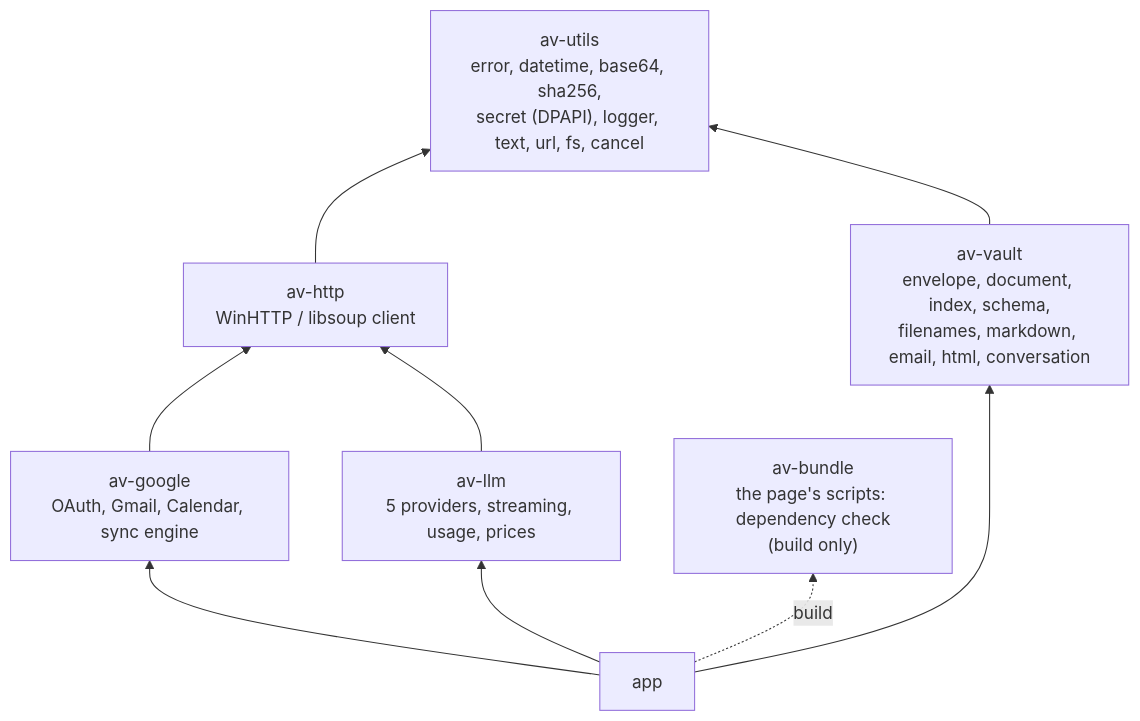
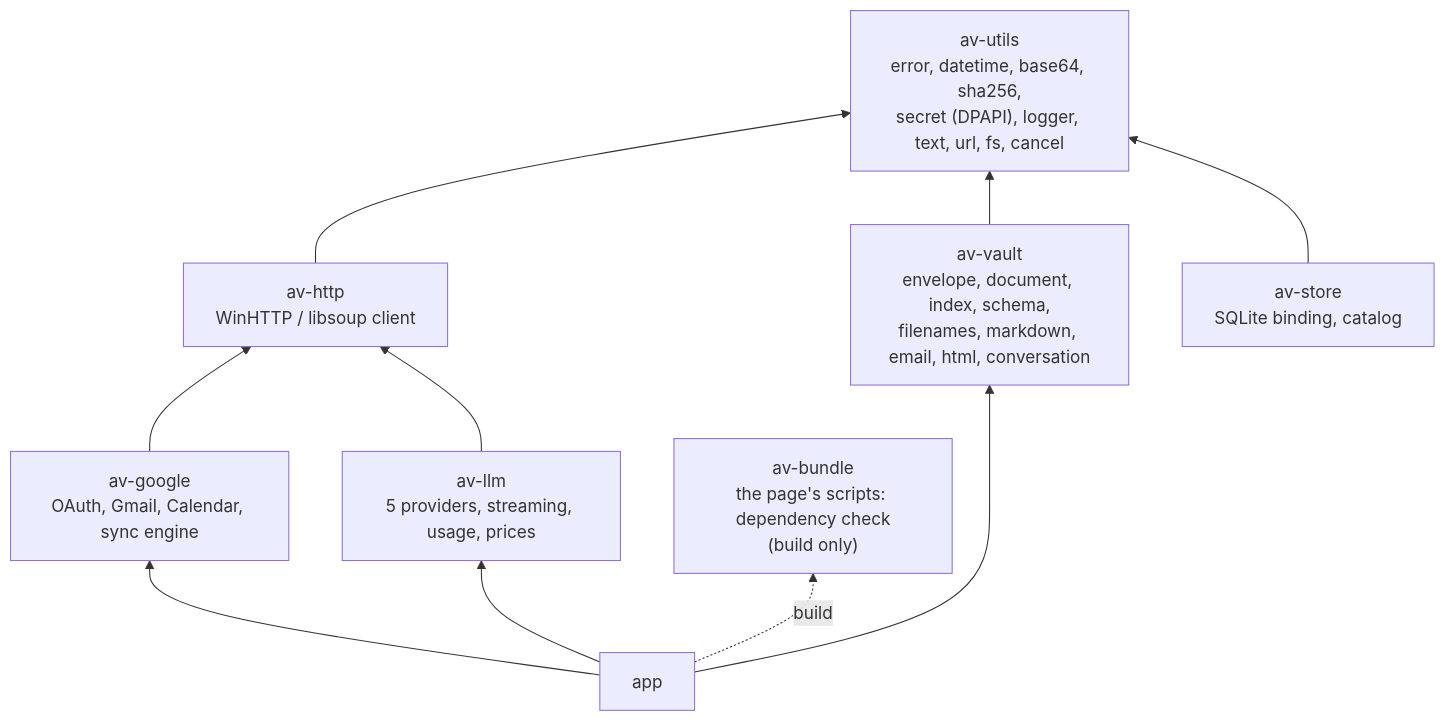
The second of 3 diagrams in docs/architecture.md (steschu77/avelor), drawn with Mermaid before and after one commit. The commit also changed other lines of this file and 9 other files, not shown here.

First line of the commit message:
feat(av-store): the catalog

````diff
--- a/docs/architecture.md
+++ b/docs/architecture.md
@@ -294,18 +294,20 @@
 ```mermaid
 flowchart BT
     utils["av-utils<br/>error, datetime, base64, sha256,<br/>secret (DPAPI), logger, text, url, fs, cancel"]
     http["av-http<br/>WinHTTP / libsoup client"]
     vault["av-vault<br/>envelope, document, index, schema,<br/>filenames, markdown, email, html, conversation"]
+    store["av-store<br/>SQLite binding, catalog"]
     google["av-google<br/>OAuth, Gmail, Calendar, sync engine"]
     llm["av-llm<br/>5 providers, streaming, usage, prices"]
     bundle["av-bundle<br/>the page's scripts: dependency check<br/>(build only)"]
     app["app"]
     http --> utils
     vault --> utils
+    store --> utils
     google --> http
     llm --> http
     app --> vault
     app --> google
     app --> llm
     app -. build .-> bundle
 ```
````
